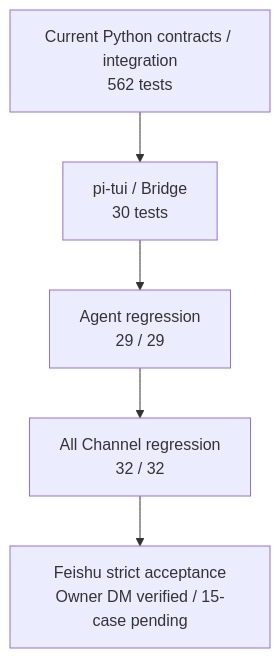
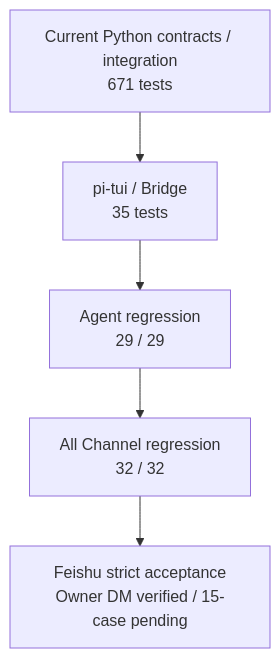
One commit to NEDONION/lobster0 changed the first of 2 diagrams in docs/engineering/phase-4/20260808_testing-and-operations.md. Above: the diagram before and after it, drawn with Mermaid. The commit also changed other lines of this file and 36 other files, not shown here.

````diff
--- a/docs/engineering/phase-4/20260808_testing-and-operations.md
+++ b/docs/engineering/phase-4/20260808_testing-and-operations.md
@@ -10,7 +10,7 @@
 ```mermaid
 flowchart TB
-    P["Current Python contracts / integration\n562 tests"] --> T["pi-tui / Bridge\n30 tests"]
+    P["Current Python contracts / integration\n671 tests"] --> T["pi-tui / Bridge\n35 tests"]
     T --> A["Agent regression\n29 / 29"]
     A --> C["All Channel regression\n32 / 32"]
     C --> L["Feishu strict acceptance\nOwner DM verified / 15-case pending"]
 ```
````
